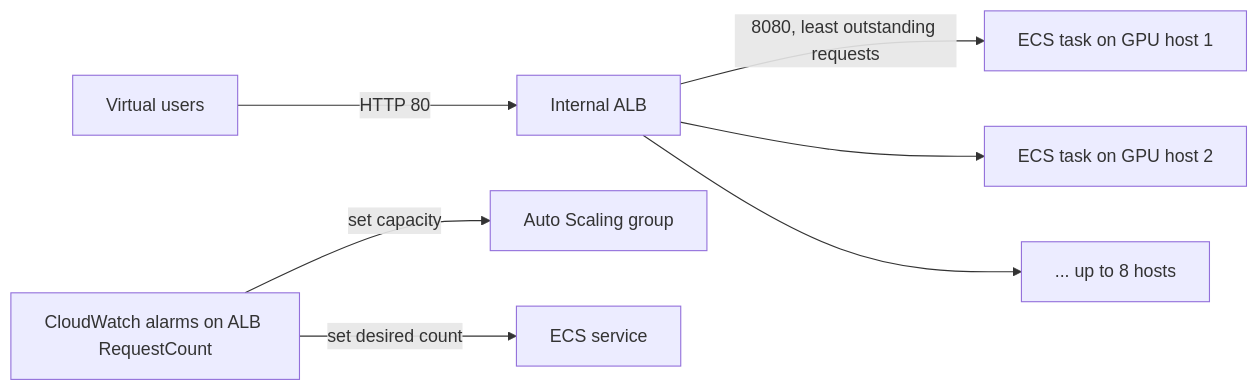
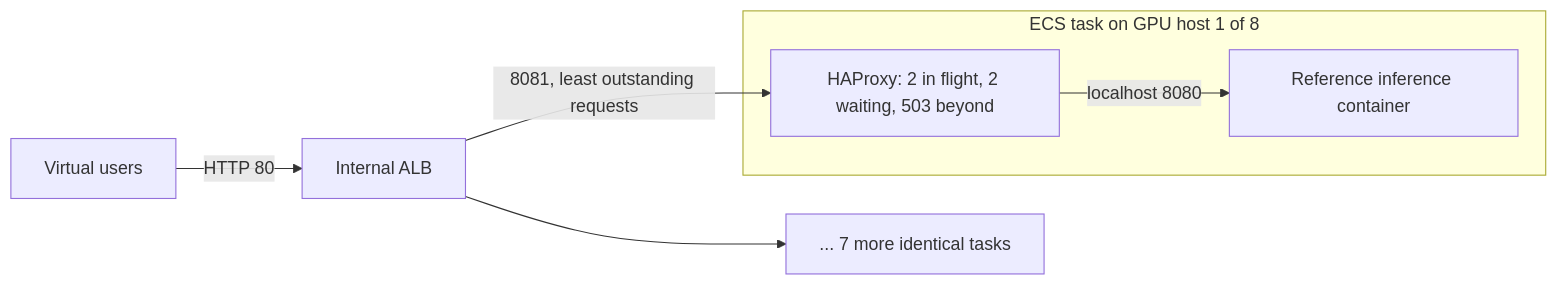
One commit to rayansekkatkr/MGsolutionsTest changed the diagram in README.md. Above: the diagram before and after it, drawn with Mermaid. The commit also changed other lines of this file and 1 other file, not shown here.

````diff
--- a/README.md
+++ b/README.md
@@ -55,9 +52,9 @@
 ```mermaid
 flowchart LR
     C[Virtual users] -->|HTTP 80| ALB[Internal ALB]
-    ALB -->|8080, least outstanding requests| T1[ECS task on GPU host 1]
-    ALB --> T2[ECS task on GPU host 2]
-    ALB --> TN[... up to 8 hosts]
-    CW[CloudWatch alarms on ALB RequestCount] -->|set capacity| ASG[Auto Scaling group]
-    CW -->|set desired count| SVC[ECS service]
+    ALB -->|8081, least outstanding requests| P1
+    subgraph T1[ECS task on GPU host 1 of 8]
+        P1[HAProxy: 2 in flight, 2 waiting, 503 beyond] -->|localhost 8080| M1[Reference inference container]
+    end
+    ALB --> TN[... 7 more identical tasks]
 ```
````
